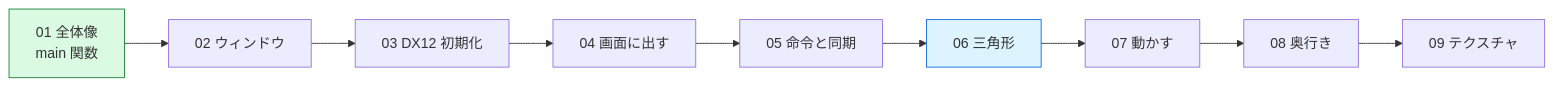
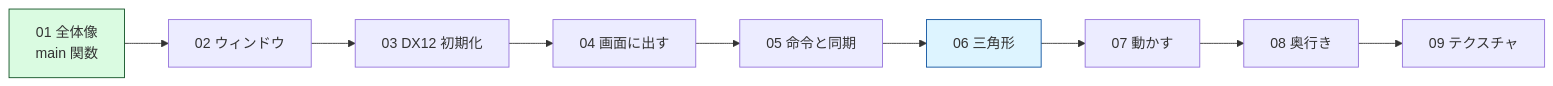
One commit to Tomonorarari-Think/DirectX12Dev changed the diagram in docs/tutorial/README.md. Above: the diagram before and after it, drawn with Mermaid. The commit also changed 24 other files, not shown here.

First line of the commit message:
fix: 図の配色を見直し、コントラスト比を 7:1 以上に引き上げる

````diff
--- a/docs/tutorial/README.md
+++ b/docs/tutorial/README.md
@@ -33,14 +33,14 @@
 ```mermaid
 flowchart LR
     A["01 全体像<br/>main 関数"] --> B["02 ウィンドウ"]
     B --> C["03 DX12 初期化"]
     C --> D["04 画面に出す"]
     D --> E["05 命令と同期"]
     E --> F["06 三角形"]
     F --> G["07 動かす"]
     G --> H["08 奥行き"]
     H --> I["09 テクスチャ"]
 
-    style A fill:#dafbe1,stroke:#1a7f37
-    style F fill:#ddf4ff,stroke:#0969da
+    style A fill:#dafbe1,stroke:#0d4f21
+    style F fill:#ddf4ff,stroke:#0a4f9e
 ```
````
